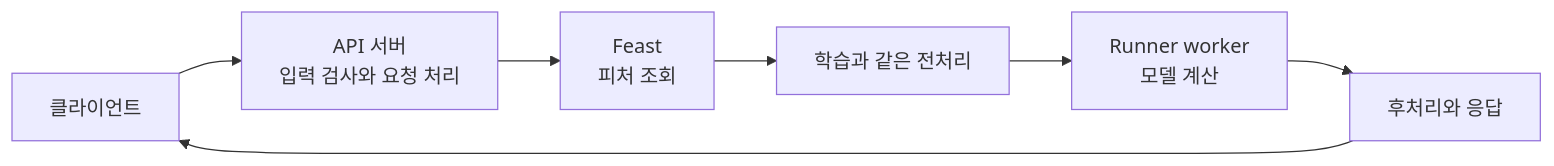
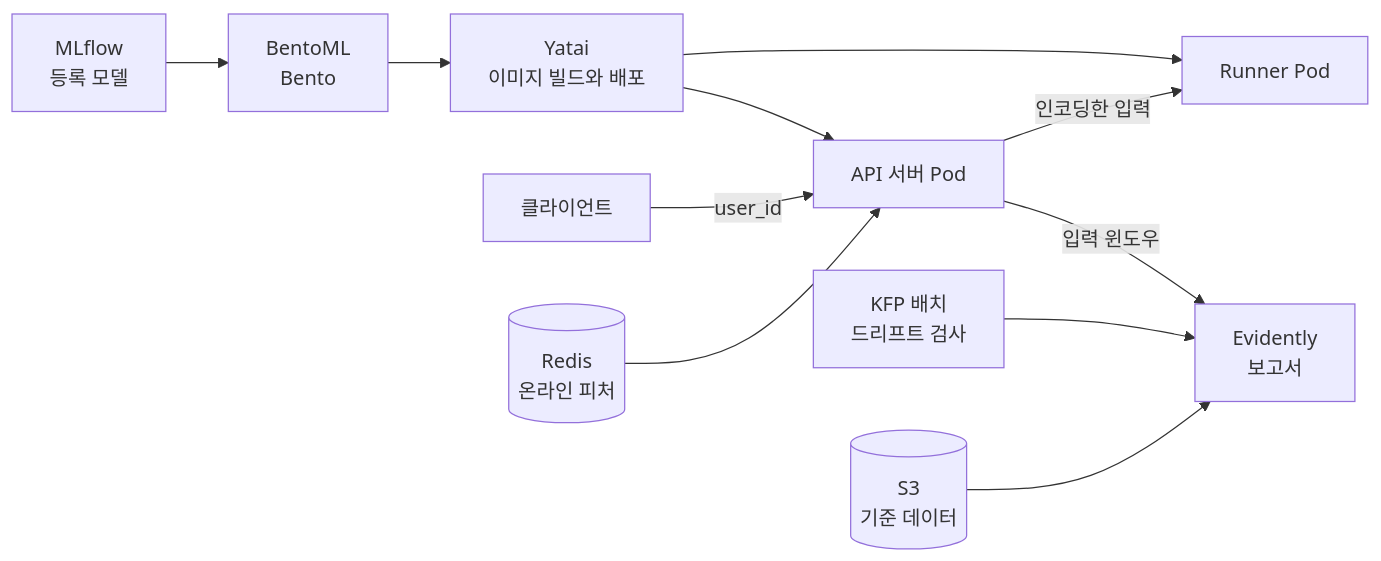
The diagram in content/docs/tech/machine-learning-platform-engineering/06-productionizing-models.md (johklo/johklo.github.io), drawn with Mermaid before and after one commit. The commit also changed other lines of this file and 13 other files, not shown here.

````diff
--- a/content/docs/tech/machine-learning-platform-engineering/06-productionizing-models.md
+++ b/content/docs/tech/machine-learning-platform-engineering/06-productionizing-models.md
@@ -195,11 +17,15 @@
 ```mermaid
 flowchart LR
-    accTitle: API 처리와 모델 계산을 분리한 BentoML 서빙 구조
-    accDescr: API 서버는 요청을 검사하고 피처를 조회해 전처리한다. 모델 계산은 Runner worker가 담당하며 결과를 API 서버가 후처리해 응답한다. 두 실행 계층의 자원과 복제본은 배포 구성에서 따로 정할 수 있다.
-    C["클라이언트"] --> API["API 서버<br/>입력 검사와 요청 처리"]
-    API --> F["Feast<br/>피처 조회"]
-    F --> PRE["학습과 같은 전처리"]
-    PRE --> R["Runner worker<br/>모델 계산"]
-    R --> POST["후처리와 응답"]
-    POST --> C
+    accTitle: 6장의 서빙과 드리프트 관측 흐름
+    accDescr: MLflow 등록 모델을 BentoML이 Bento로 묶고 Yatai가 API 서버와 Runner Pod로 배포한다. 클라이언트 요청이 오면 API 서버가 Redis의 온라인 피처를 읽어 Runner에 예측을 맡긴다. API 입력 윈도우와 KFP 배치 작업의 피처는 S3의 기준 데이터와 함께 Evidently 보고서로 비교된다.
+    MLF["MLflow<br/>등록 모델"] --> BENTO["BentoML<br/>Bento"]
+    BENTO --> YAT["Yatai<br/>이미지 빌드와 배포"]
+    YAT --> API["API 서버 Pod"]
+    YAT --> RUN["Runner Pod"]
+    C["클라이언트"] -->|"user_id"| API
+    RD[("Redis<br/>온라인 피처")] --> API
+    API -->|"인코딩한 입력"| RUN
+    API -->|"입력 윈도우"| EV["Evidently<br/>보고서"]
+    KFP["KFP 배치<br/>드리프트 검사"] --> EV
+    REF[("S3<br/>기준 데이터")] --> EV
 ```
````
